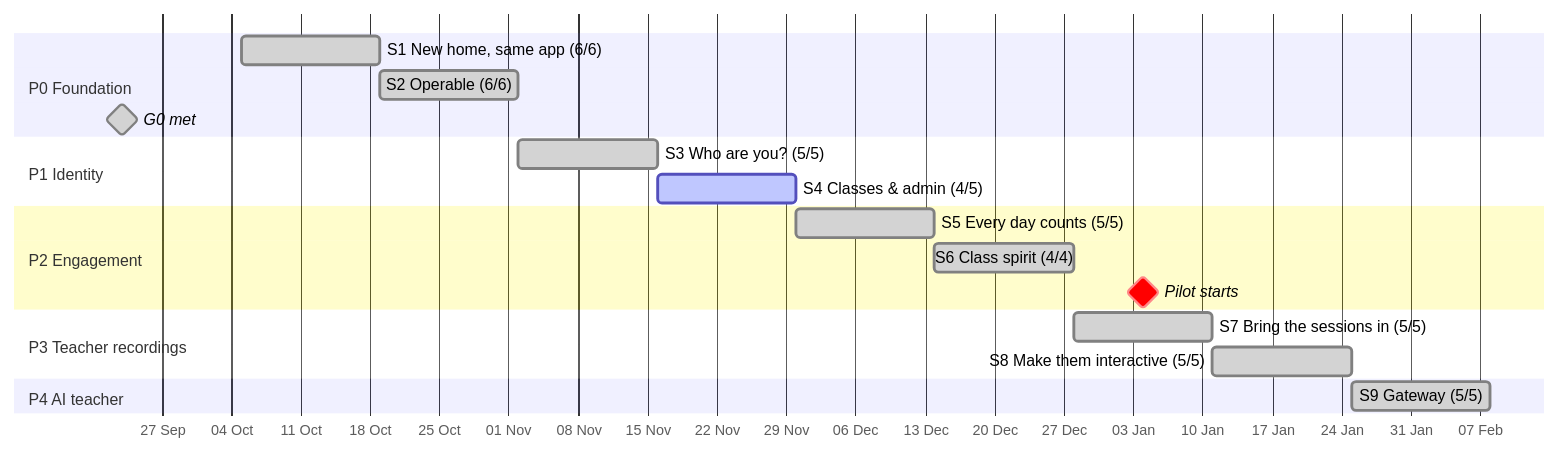
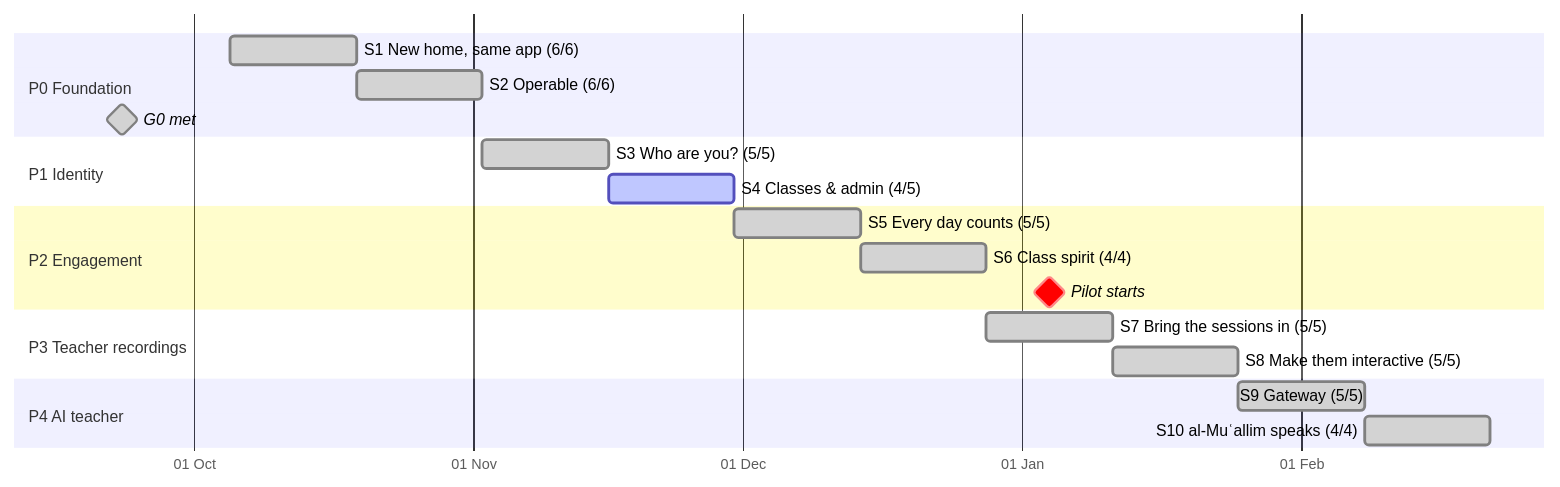
One commit to Sira-Labs/Suffa changed the first of 2 diagrams in docs/plan/sprint-plan.md. Above: the diagram before and after it, drawn with Mermaid. The commit also changed other lines of this file and 17 other files, not shown here.

````diff
--- a/docs/plan/sprint-plan.md
+++ b/docs/plan/sprint-plan.md
@@ -17,22 +17,23 @@
 ```mermaid
 gantt
   dateFormat YYYY-MM-DD
   axisFormat %d %b
   todayMarker on
   section P0 Foundation
   S1 New home, same app (6/6)        :done, s1, 2026-10-05, 14d
   S2 Operable (6/6)                  :done, s2, after s1, 14d
   G0 met                             :milestone, done, g0, 2026-09-23, 0d
   section P1 Identity
   S3 Who are you? (5/5)              :done, s3, after s2, 14d
   S4 Classes & admin (4/5)          :active, s4, after s3, 14d
   section P2 Engagement
   S5 Every day counts (5/5)         :done, s5, after s4, 14d
   S6 Class spirit (4/4)             :done, s6, after s5, 14d
   Pilot starts                       :milestone, crit, pilot, 2027-01-04, 0d
   section P3 Teacher recordings
   S7 Bring the sessions in (5/5)    :done, s7, after s6, 14d
   S8 Make them interactive (5/5)    :done, s8, after s7, 14d
   section P4 AI teacher
   S9 Gateway (5/5)                  :done, s9, after s8, 14d
+  S10 al-Muʿallim speaks (4/4)      :done, s10, after s9, 14d
 ```
````
